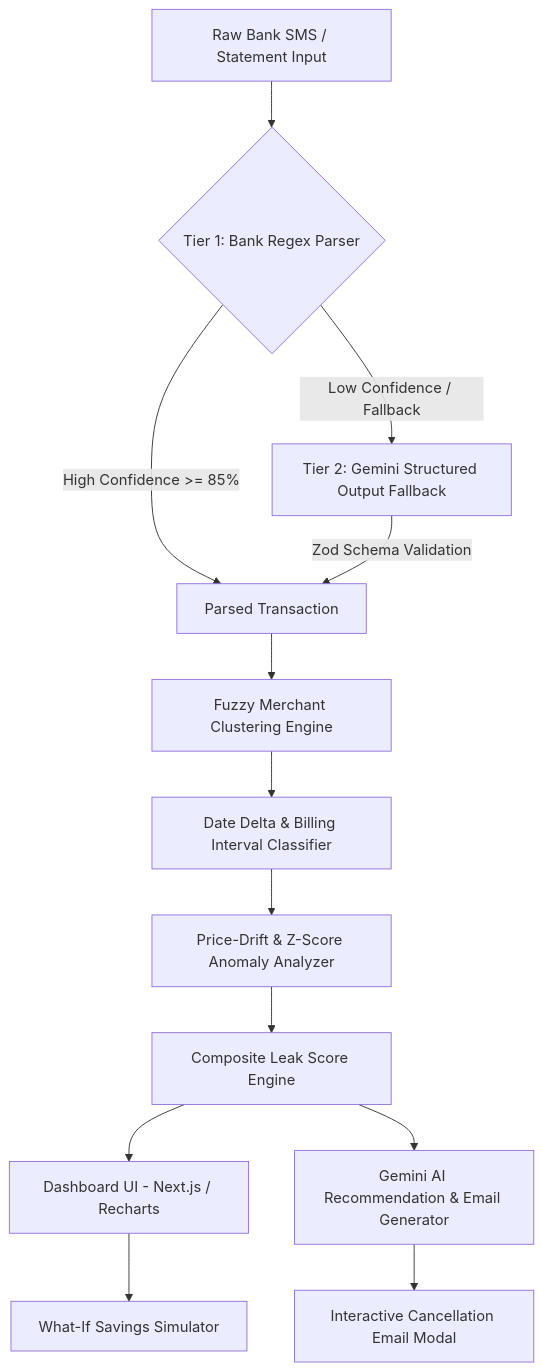
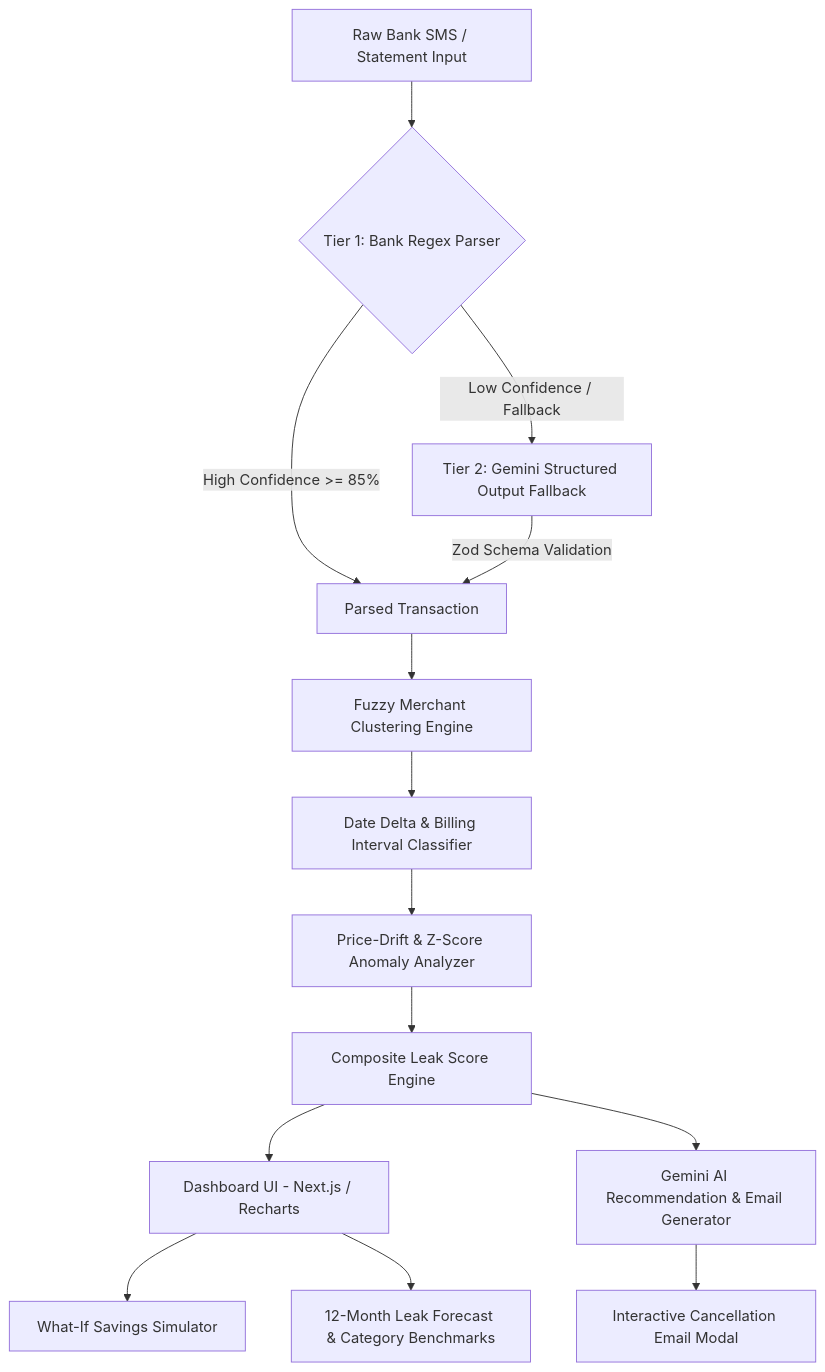
Before and after one commit to Destroyer795/subsense: the first of 3 diagrams in README.md, drawn with Mermaid. The commit also changed other lines of this file, not shown here.

Commit message:
docs: update README.md with V2 feature descriptions and Gemini tool-calling sequence diagram

````diff
--- a/README.md
+++ b/README.md
@@ -40,18 +54,19 @@
 ```mermaid
 graph TD
     A[Raw Bank SMS / Statement Input] --> B{Tier 1: Bank Regex Parser}
     B -->|High Confidence >= 85%| C[Parsed Transaction]
     B -->|Low Confidence / Fallback| D[Tier 2: Gemini Structured Output Fallback]
     D -->|Zod Schema Validation| C
     
     C --> E[Fuzzy Merchant Clustering Engine]
     E --> F[Date Delta & Billing Interval Classifier]
     F --> G[Price-Drift & Z-Score Anomaly Analyzer]
     
     G --> H[Composite Leak Score Engine]
     H --> I[Dashboard UI - Next.js / Recharts]
     H --> J[Gemini AI Recommendation & Email Generator]
     
     J --> K[Interactive Cancellation Email Modal]
     I --> L[What-If Savings Simulator]
+    I --> M[12-Month Leak Forecast & Category Benchmarks]
 ```
````
